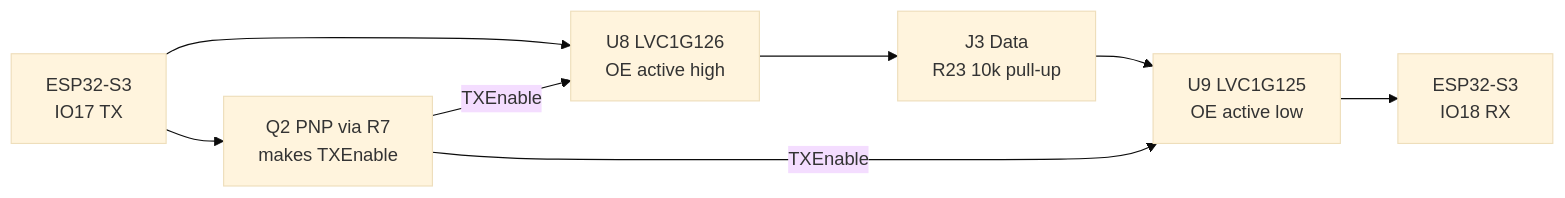
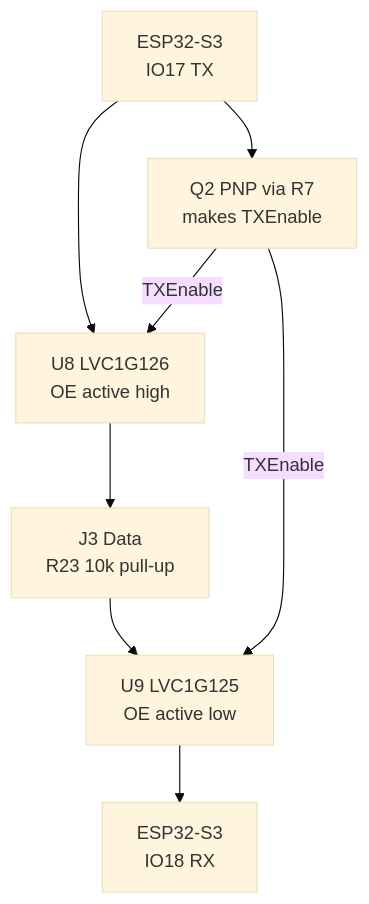
Before and after one commit to Mac-Lego-RMS/JetsonOrinNano: the second of 2 diagrams in docs/journal/03-power-sensors.md, drawn with Mermaid (base theme).

Commit message:
Draw the servo bus diagram top to bottom so it stays legible

````diff
--- a/docs/journal/03-power-sensors.md
+++ b/docs/journal/03-power-sensors.md
@@ -579,10 +579,10 @@
 ```mermaid
-flowchart LR
+flowchart TB
   TX["ESP32-S3<br/>IO17 TX"] --> U8["U8 LVC1G126<br/>OE active high"]
   TX --> Q2["Q2 PNP via R7<br/>makes TXEnable"]
   Q2 -- TXEnable --> U8
   Q2 -- TXEnable --> U9["U9 LVC1G125<br/>OE active low"]
   U8 --> BUS["J3 Data<br/>R23 10k pull-up"]
   BUS --> U9
   U9 --> RX["ESP32-S3<br/>IO18 RX"]
 ```
````
